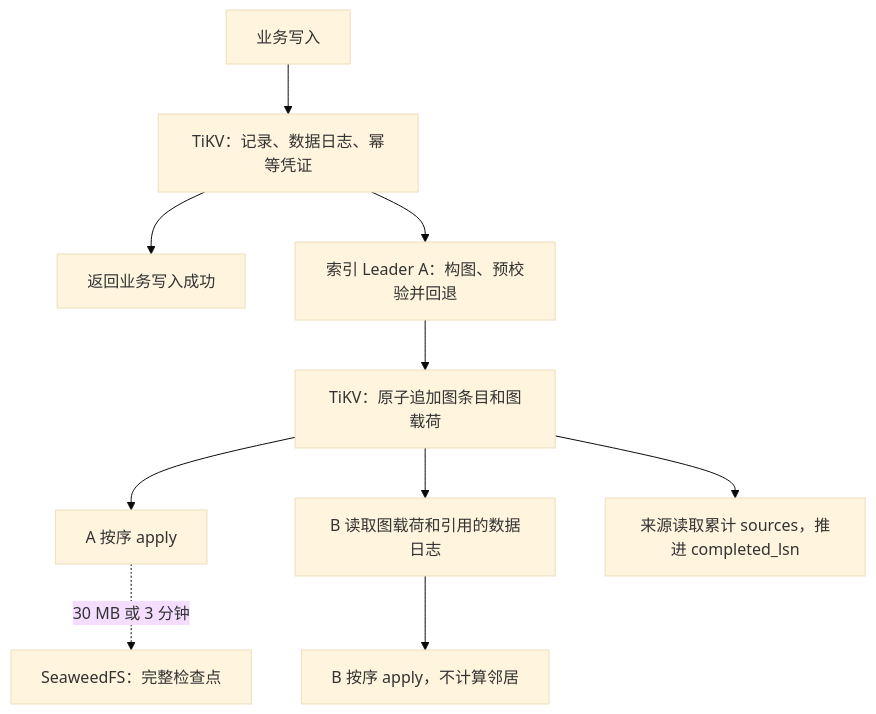
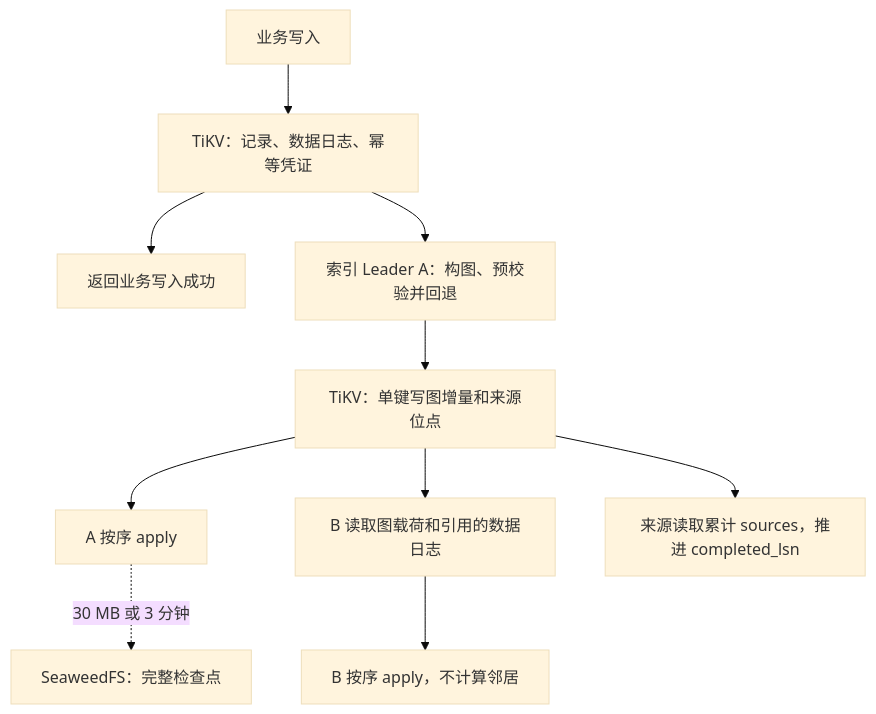
One commit to youyou-myheart/vecdb changed the first of 3 diagrams in GRAPH_JOURNAL.md. Above: the diagram before and after it, drawn with Mermaid (base theme). The commit also changed other lines of this file and 83 other files, not shown here.

````diff
--- a/GRAPH_JOURNAL.md
+++ b/GRAPH_JOURNAL.md
@@ -7,12 +7,12 @@
 ```mermaid
 flowchart TD
     W[业务写入] --> D[TiKV：记录、数据日志、幂等凭证]
     D --> ACK[返回业务写入成功]
     D --> A[索引 Leader A：构图、预校验并回退]
-    A --> L[TiKV：原子追加图条目和图载荷]
+    A --> L["TiKV：单键写图增量和来源位点"]
     L --> AA[A 按序 apply]
     L --> B[B 读取图载荷和引用的数据日志]
     B --> BB[B 按序 apply，不计算邻居]
     L --> P[来源读取累计 sources，推进 completed_lsn]
     AA -. 30 MB 或 3 分钟 .-> C[SeaweedFS：完整检查点]
 ```
````
